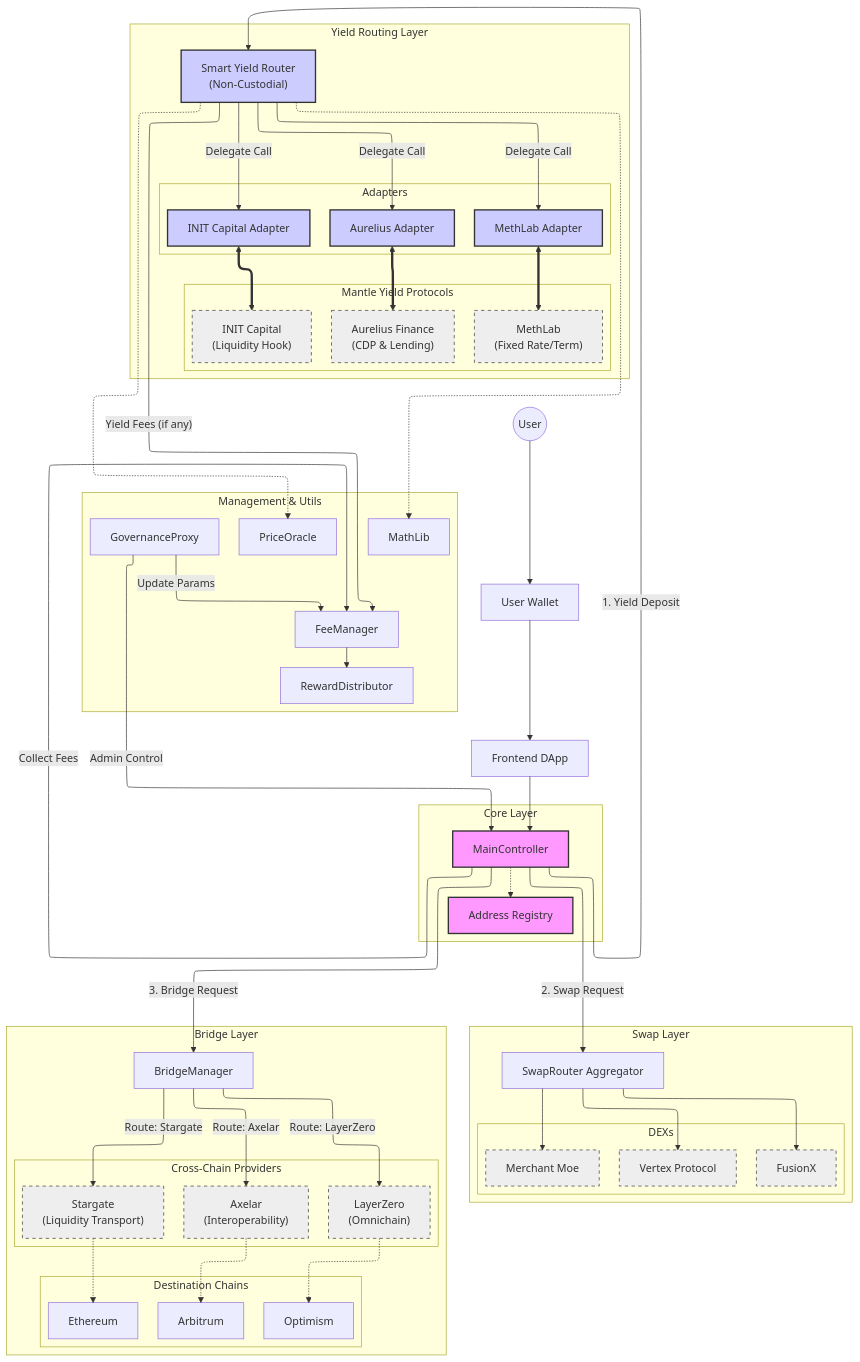
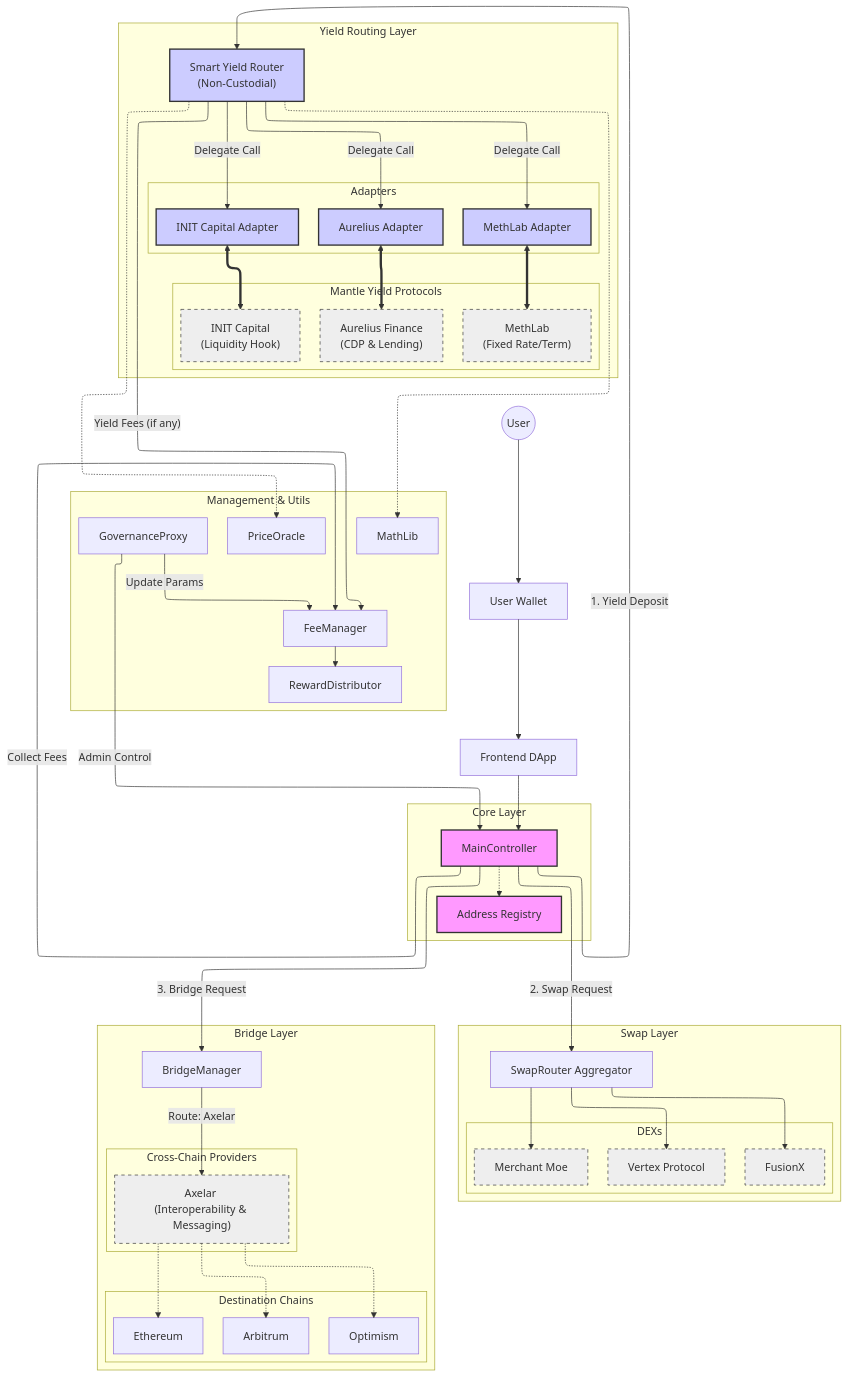
Before and after one commit to TilepMony-Project/smartcontract: the diagram in docs/SMART_CONTRACT_ARCHITECTURE.md, drawn with Mermaid. The commit also changed other lines of this file and 13 other files, not shown here.

Commit message:
feat: implement Axelar bridge adapter and router with necessary interfaces

```diff
--- a/docs/SMART_CONTRACT_ARCHITECTURE.md
+++ b/docs/SMART_CONTRACT_ARCHITECTURE.md
@@ -40,12 +40,10 @@
  subgraph subGraph5["Swap Layer"]
         SwapRouter["SwapRouter Aggregator"]
         DEXs
-  end
+ end
  subgraph subGraph6["Cross-Chain Providers"]
-        Stargate["Stargate <br>(Liquidity Transport)"]
-        Axelar["Axelar <br>(Interoperability)"]
-        L0["LayerZero <br>(Omnichain)"]
-  end
+        Axelar["Axelar <br>(Interoperability & Messaging)"]
+ end
  subgraph subGraph7["Destination Chains"]
         ChainEth["Ethereum"]
         ChainArb["Arbitrum"]
@@ -76,12 +74,10 @@
     AdptMeth <==> ProtoMeth
     AdptAurelius <==> ProtoAurelius
     SwapRouter --> Moe & Vertex & FusionX
-    BridgeMgr -- Route: Stargate --> Stargate
     BridgeMgr -- Route: Axelar --> Axelar
-    BridgeMgr -- Route: LayerZero --> L0
-    Stargate -.-> ChainEth
+    Axelar -.-> ChainEth
     Axelar -.-> ChainArb
-    L0 -.-> ChainOp
+    Axelar -.-> ChainOp
     Controller -- Collect Fees --> FeeMgr
     Router -- Yield Fees (if any) --> FeeMgr
     FeeMgr --> RewardDist
@@ -100,9 +96,7 @@
      Moe:::ext
      Vertex:::ext
      FusionX:::ext
-     Stargate:::ext
      Axelar:::ext
-     L0:::ext
     classDef core fill:#f9f,stroke:#333,stroke-width:2px
     classDef vault fill:#ccf,stroke:#333,stroke-width:2px
     classDef ext fill:#eee,stroke:#333,stroke-dasharray: 5 5
```
